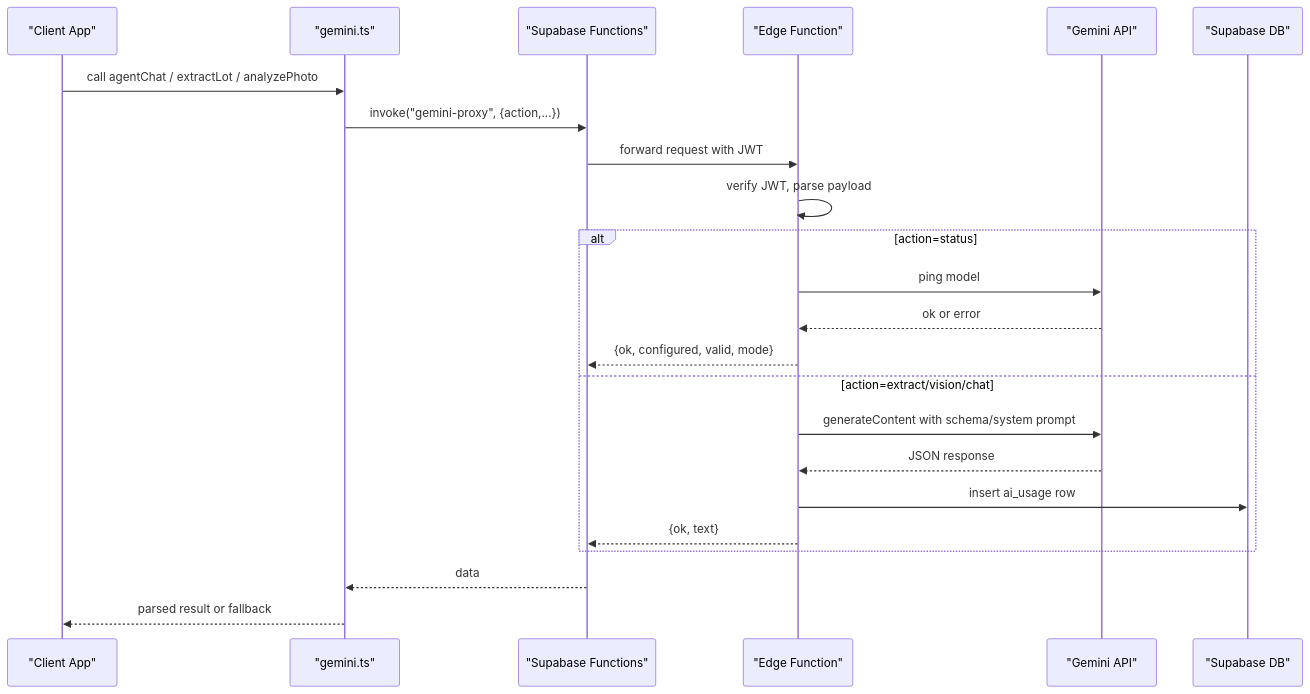
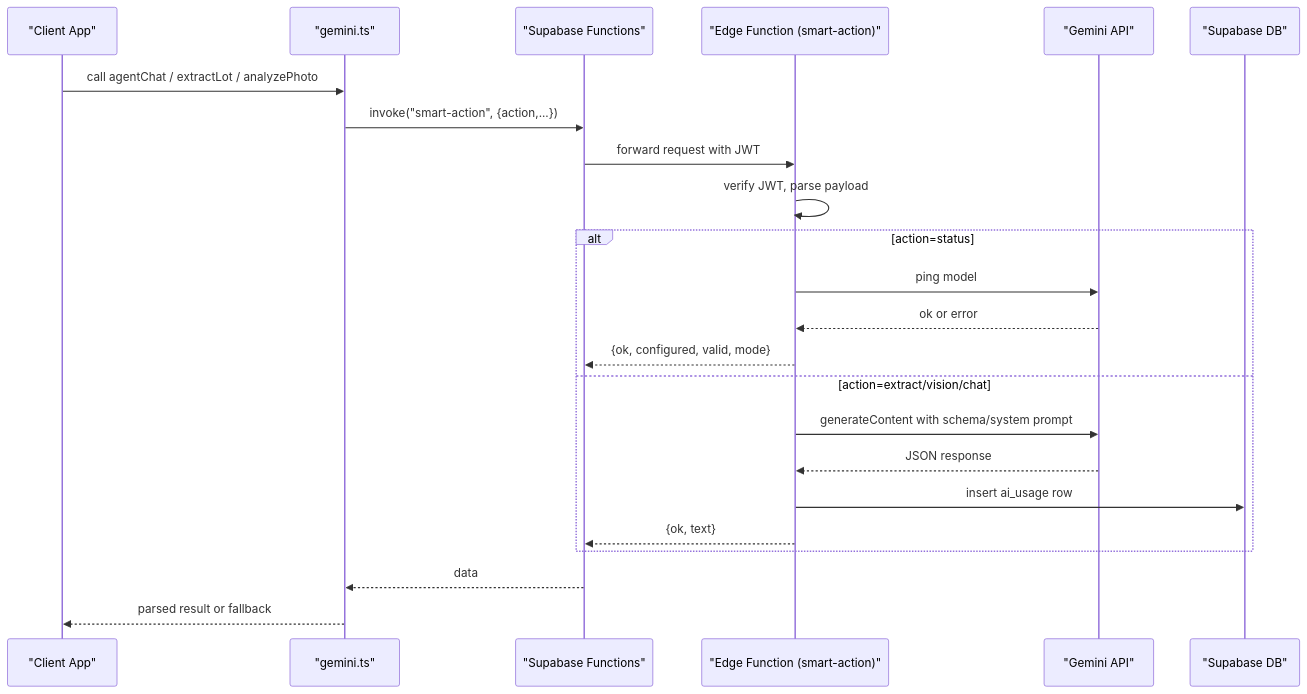
The second of 4 diagrams in .qoder/repowiki/en/content/AI Integration/Supabase Edge Function Proxy.md (MudassarAbrar/FreshRoute-Ai), drawn with Mermaid before and after one commit. The commit also changed other lines of this file and 69 other files, not shown here.

Commit message:
feat: 8-phase production remediation - state machine enforcement, anti-fabrication, GPS/OSRM routing, LangGraph agent architecture, typed marketplace tables, WhatsApp abstraction, server-side guardrails, simulation disclosure. 128 tests passing, 6 new migrations, 4 Edge Functions, 30+ new files.

````diff
--- a/.qoder/repowiki/en/content/AI Integration/Supabase Edge Function Proxy.md
+++ b/.qoder/repowiki/en/content/AI Integration/Supabase Edge Function Proxy.md
@@ -83,25 +99,25 @@
 ```mermaid
 sequenceDiagram
 participant UI as "Client App"
 participant Lib as "gemini.ts"
 participant SF as "Supabase Functions"
-participant EF as "Edge Function"
+participant EF as "Edge Function (smart-action)"
 participant GEM as "Gemini API"
 participant DB as "Supabase DB"
 UI->>Lib : call agentChat / extractLot / analyzePhoto
-Lib->>SF : invoke("gemini-proxy", {action,...})
+Lib->>SF : invoke("smart-action", {action,...})
 SF->>EF : forward request with JWT
 EF->>EF : verify JWT, parse payload
 alt action=status
 EF->>GEM : ping model
 GEM-->>EF : ok or error
 EF-->>SF : {ok, configured, valid, mode}
 else action=extract/vision/chat
 EF->>GEM : generateContent with schema/system prompt
 GEM-->>EF : JSON response
 EF->>DB : insert ai_usage row
 EF-->>SF : {ok, text}
 end
 SF-->>Lib : data
 Lib-->>UI : parsed result or fallback
 ```
````
